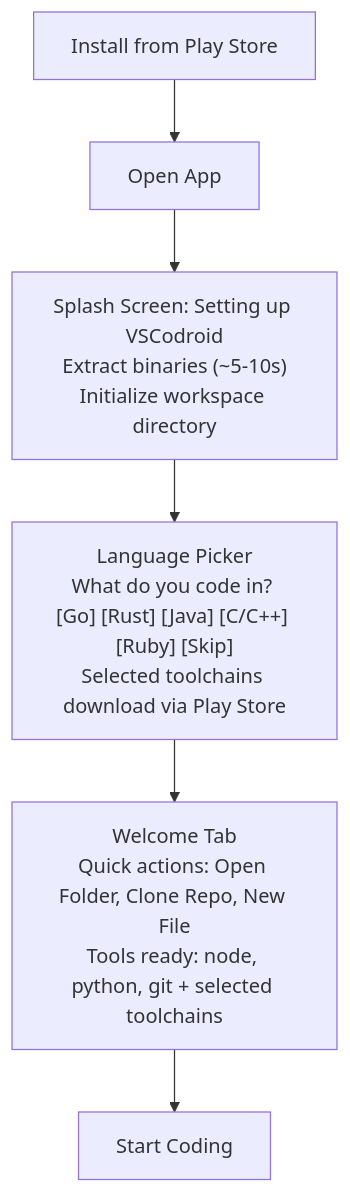
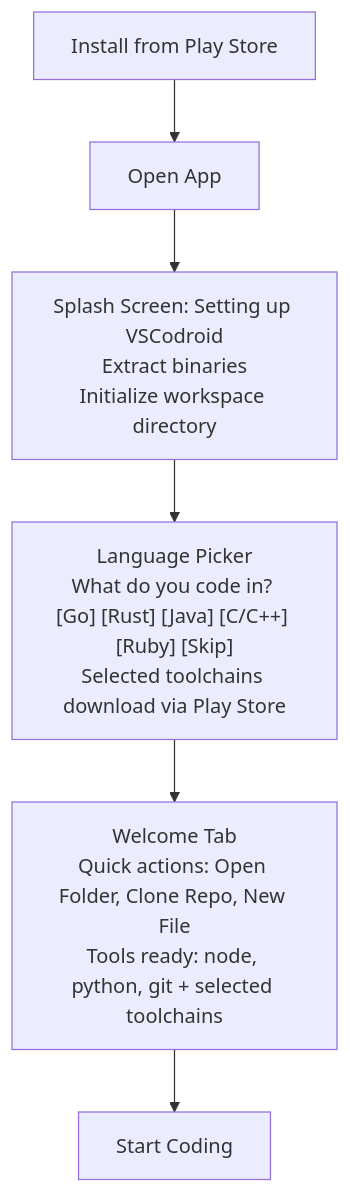
One commit to cuixinyuan666/vscodroid changed the first of 3 diagrams in docs/01-PRD.md. Above: the diagram before and after it, drawn with Mermaid. The commit also changed 3 other files, not shown here.

````diff
--- a/docs/01-PRD.md
+++ b/docs/01-PRD.md
@@ -157,8 +157,8 @@
 ```mermaid
 flowchart TD
   A["Install from Play Store"] --> B["Open App"]
-  B --> C["Splash Screen: Setting up VSCodroid<br/>Extract binaries (~5-10s)<br/>Initialize workspace directory"]
+  B --> C["Splash Screen: Setting up VSCodroid<br/>Extract binaries<br/>Initialize workspace directory"]
   C --> D["Language Picker<br/>What do you code in? [Go] [Rust] [Java] [C/C++] [Ruby] [Skip]<br/>Selected toolchains download via Play Store"]
   D --> E["Welcome Tab<br/>Quick actions: Open Folder, Clone Repo, New File<br/>Tools ready: node, python, git + selected toolchains"]
   E --> F["Start Coding"]
 ```
````
